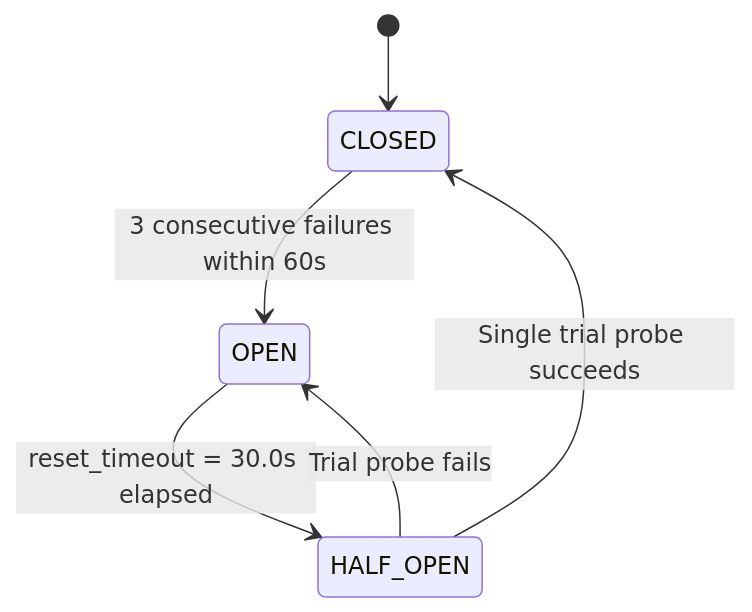
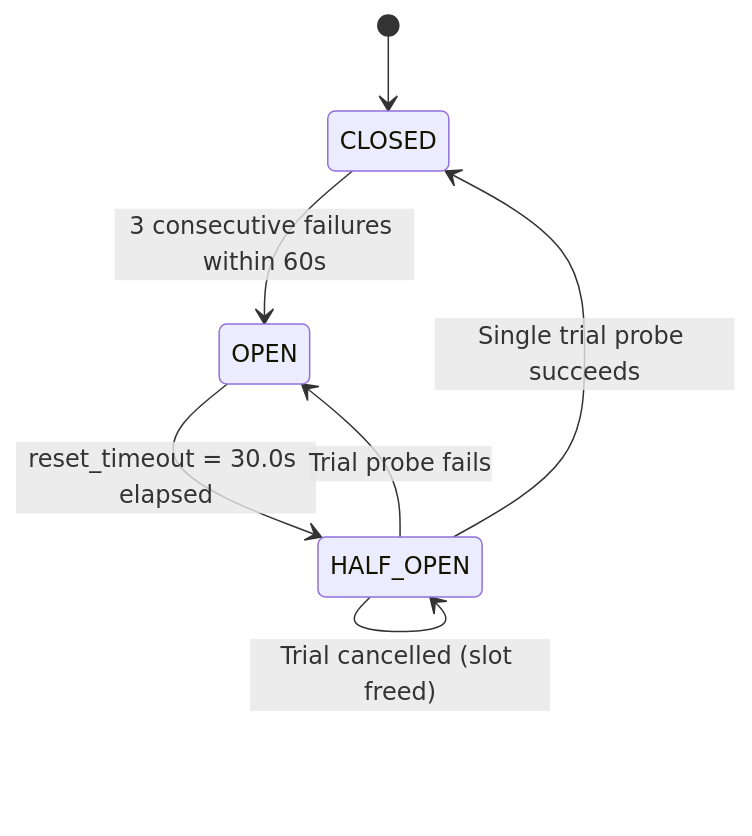
The first of 2 diagrams in docs/resilience.md (SamSilmarilData/resilient-triage), drawn with Mermaid before and after one commit. The commit also changed other lines of this file and 1 other file, not shown here.

First line of the commit message:
docs(resilience): describe single-trial half-open behaviour

````diff
--- a/docs/resilience.md
+++ b/docs/resilience.md
@@ -34,8 +34,9 @@
 ```mermaid
 stateDiagram-v2
     [*] --> CLOSED
     CLOSED --> OPEN : 3 consecutive failures within 60s
     OPEN --> HALF_OPEN : reset_timeout = 30.0s elapsed
     HALF_OPEN --> CLOSED : Single trial probe succeeds
     HALF_OPEN --> OPEN : Trial probe fails
+    HALF_OPEN --> HALF_OPEN : Trial cancelled (slot freed)
 ```
````
